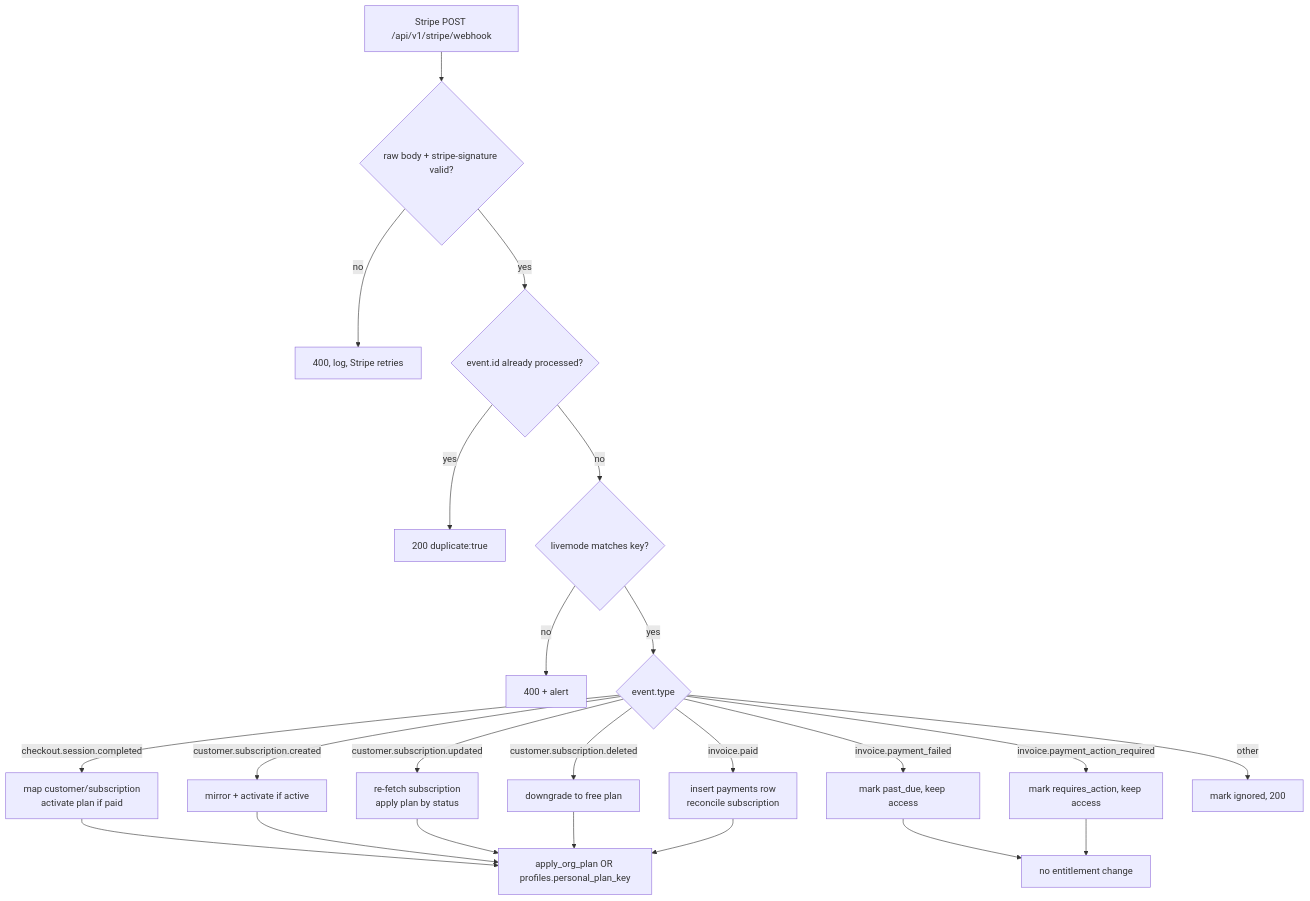
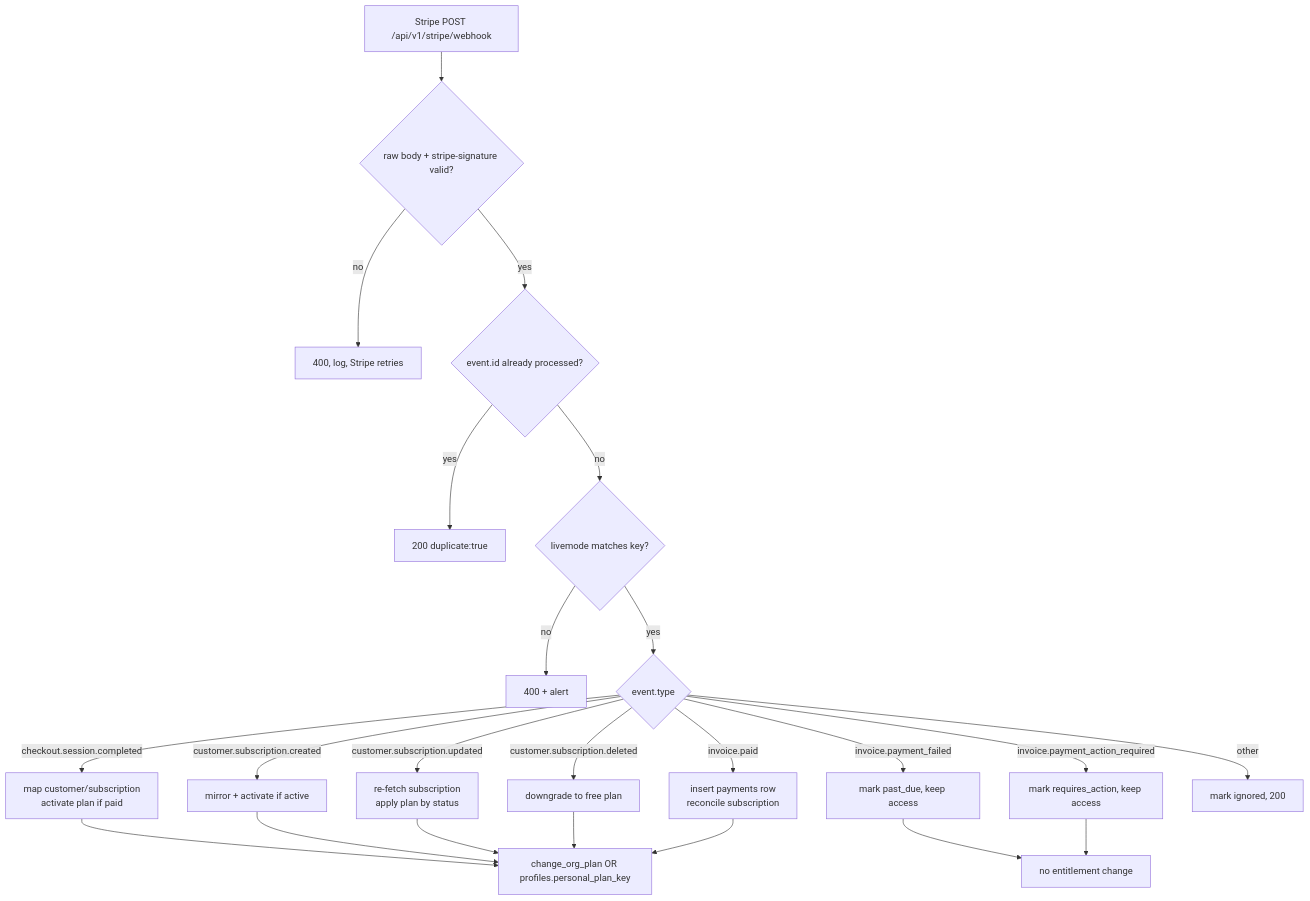
One commit to logyQT/studiq changed the sixth of 6 diagrams in docs/plans/662-stripe-integration.md. Above: the diagram before and after it, drawn with Mermaid. The commit also changed other lines of this file and 55 other files, not shown here.

First line of the commit message:
feat(db): the org plan is the only org entitlement state (ADR-0015 phase 3c) (#1408)

````diff
--- a/docs/plans/662-stripe-integration.md
+++ b/docs/plans/662-stripe-integration.md
@@ -266,25 +266,25 @@
 ```mermaid
 flowchart TD
     A[Stripe POST /api/v1/stripe/webhook] --> B{raw body + stripe-signature valid?}
     B -- no --> B1[400, log, Stripe retries]
     B -- yes --> C{event.id already processed?}
     C -- yes --> C1[200 duplicate:true]
     C -- no --> D{livemode matches key?}
     D -- no --> D1[400 + alert]
     D -- yes --> E{event.type}
     E -->|checkout.session.completed| F[map customer/subscription<br/>activate plan if paid]
     E -->|customer.subscription.created| G[mirror + activate if active]
     E -->|customer.subscription.updated| H[re-fetch subscription<br/>apply plan by status]
     E -->|customer.subscription.deleted| I[downgrade to free plan]
     E -->|invoice.paid| J[insert payments row<br/>reconcile subscription]
     E -->|invoice.payment_failed| K[mark past_due, keep access]
     E -->|invoice.payment_action_required| L[mark requires_action, keep access]
     E -->|other| M[mark ignored, 200]
-    F --> N[apply_org_plan OR profiles.personal_plan_key]
+    F --> N[change_org_plan OR profiles.personal_plan_key]
     G --> N
     H --> N
     I --> N
     J --> N
     K --> O[no entitlement change]
     L --> O
 ```
````
